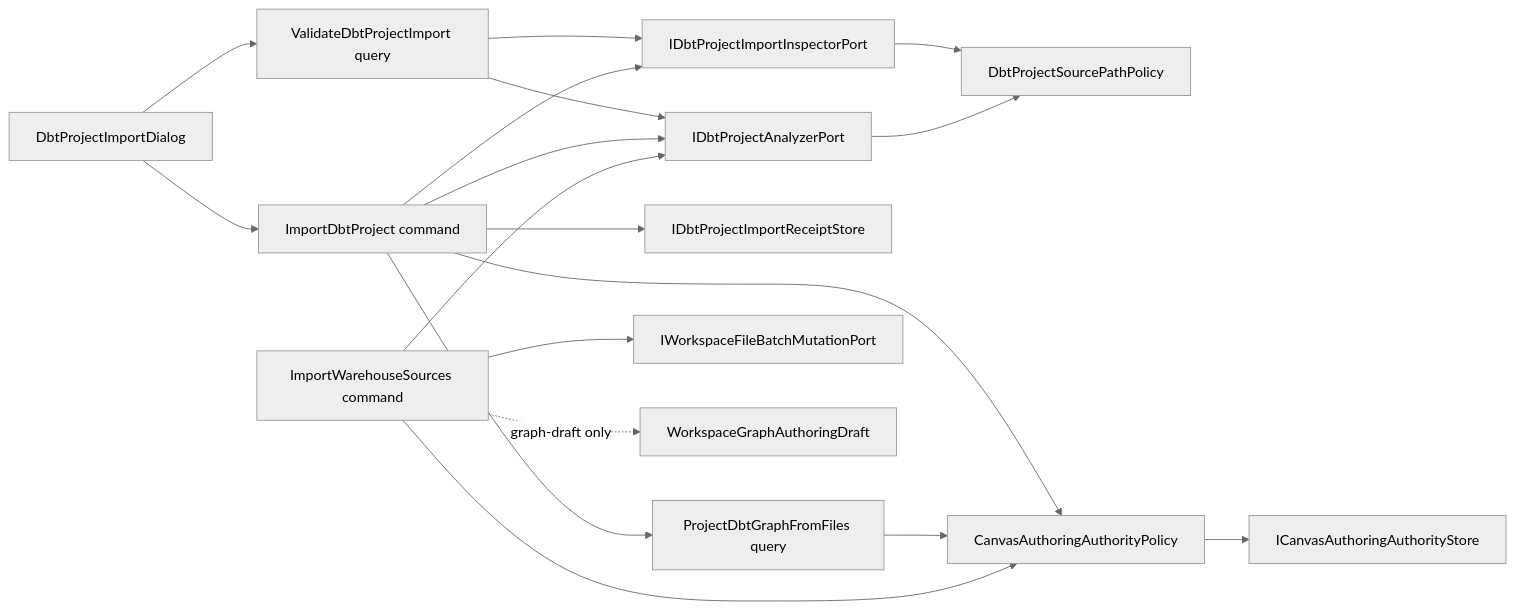
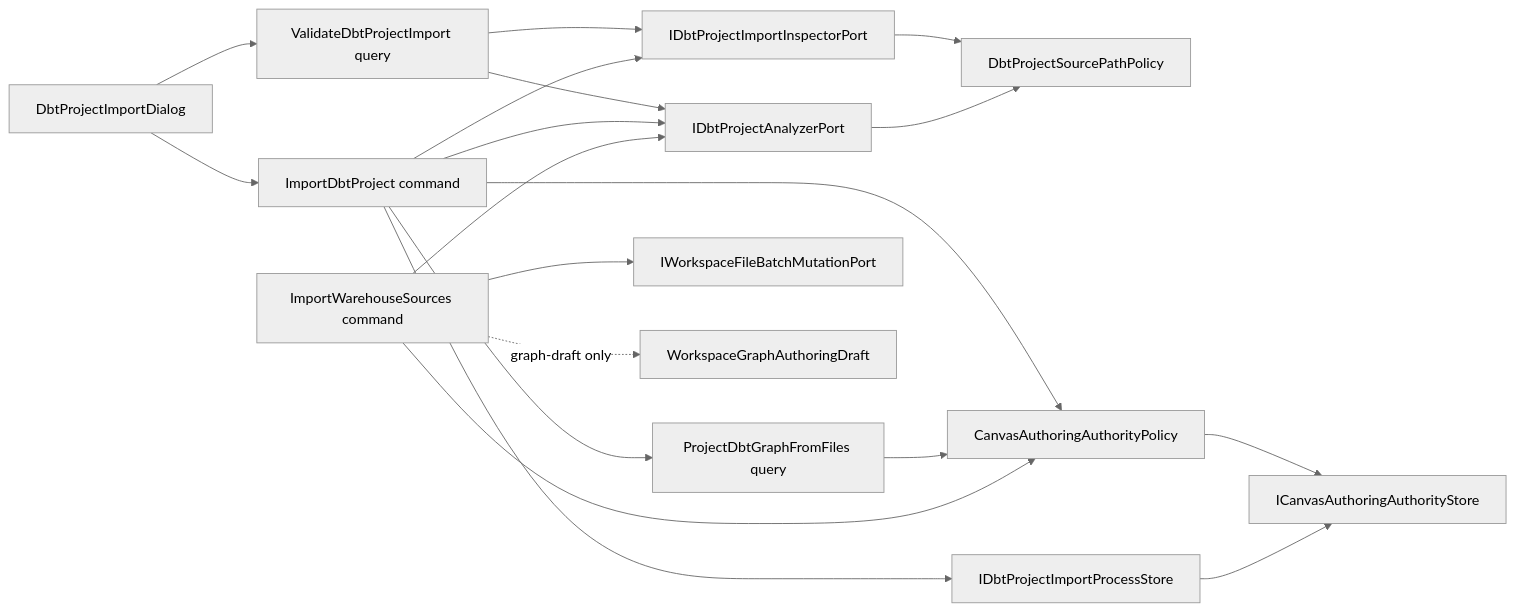
The second of 4 diagrams in docs/architecture/components/web/graph/dbt-project-import-and-source-authority-component.md (dunay2/dvt), drawn with Mermaid (neutral theme) before and after one commit. The commit also changed other lines of this file and 2 other files, not shown here.

Commit message:
docs(api): Model crash-safe dbt import process ownership

````diff
--- a/docs/architecture/components/web/graph/dbt-project-import-and-source-authority-component.md
+++ b/docs/architecture/components/web/graph/dbt-project-import-and-source-authority-component.md
@@ -77,34 +83,35 @@
 ```mermaid
 flowchart LR
   Dialog[DbtProjectImportDialog]
   Validate[ValidateDbtProjectImport query]
   Import[ImportDbtProject command]
   Inspector[IDbtProjectImportInspectorPort]
   Analyzer[IDbtProjectAnalyzerPort]
   SourcePathPolicy[DbtProjectSourcePathPolicy]
   AuthorityPolicy[CanvasAuthoringAuthorityPolicy]
   AuthorityStore[ICanvasAuthoringAuthorityStore]
-  ReceiptStore[IDbtProjectImportReceiptStore]
+  ProcessStore[IDbtProjectImportProcessStore]
   Graph[ProjectDbtGraphFromFiles query]
   Source[ImportWarehouseSources command]
   Batch[IWorkspaceFileBatchMutationPort]
   Draft[WorkspaceGraphAuthoringDraft]
 
   Dialog --> Validate
   Validate --> Inspector
   Validate --> Analyzer
   Inspector --> SourcePathPolicy
   Analyzer --> SourcePathPolicy
   Dialog --> Import
-  Import --> ReceiptStore
+  Import --> ProcessStore
   Import --> Inspector
   Import --> Analyzer
   Import --> AuthorityPolicy
   AuthorityPolicy --> AuthorityStore
+  ProcessStore --> AuthorityStore
   Import --> Graph
   Graph --> AuthorityPolicy
   Source --> AuthorityPolicy
   Source --> Batch
   Source -. graph-draft only .-> Draft
   Source --> Analyzer
 ```
````
